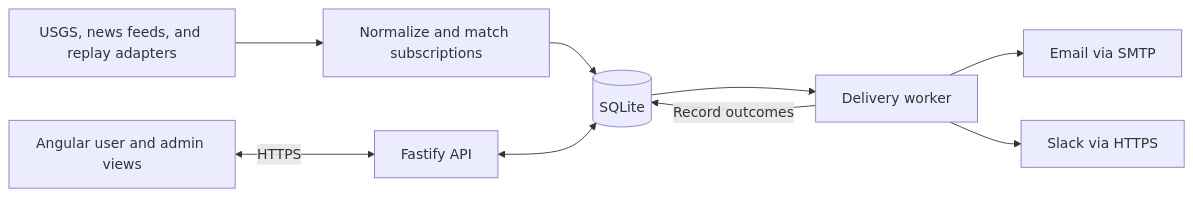
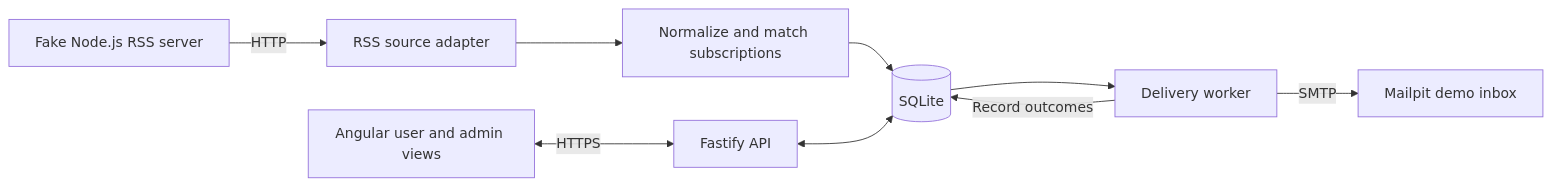
One commit to szacskesz/sonrisa_interview_assignment changed the diagram in docs/P1-task-04-alerts-feature-design.md. Above: the diagram before and after it, drawn with Mermaid. The commit also changed other lines of this file and 1 other file, not shown here.

Commit message:
P1-task-04 Scope the demo to fake RSS and email

````diff
--- a/docs/P1-task-04-alerts-feature-design.md
+++ b/docs/P1-task-04-alerts-feature-design.md
@@ -22,11 +22,11 @@
 ```mermaid
 flowchart LR
-    Sources["USGS, news feeds, and replay adapters"] --> Ingest["Normalize and match subscriptions"]
+    Fixture["Fake Node.js RSS server"] -->|HTTP| Sources["RSS source adapter"]
+    Sources --> Ingest["Normalize and match subscriptions"]
     Ingest --> Database[("SQLite")]
     Database --> Worker["Delivery worker"]
-    Worker --> Email["Email via SMTP"]
-    Worker --> Slack["Slack via HTTPS"]
+    Worker -->|SMTP| Inbox["Mailpit demo inbox"]
     Worker -->|Record outcomes| Database
     Views["Angular user and admin views"] <-->|HTTPS| API["Fastify API"]
     API <--> Database
 ```
````
